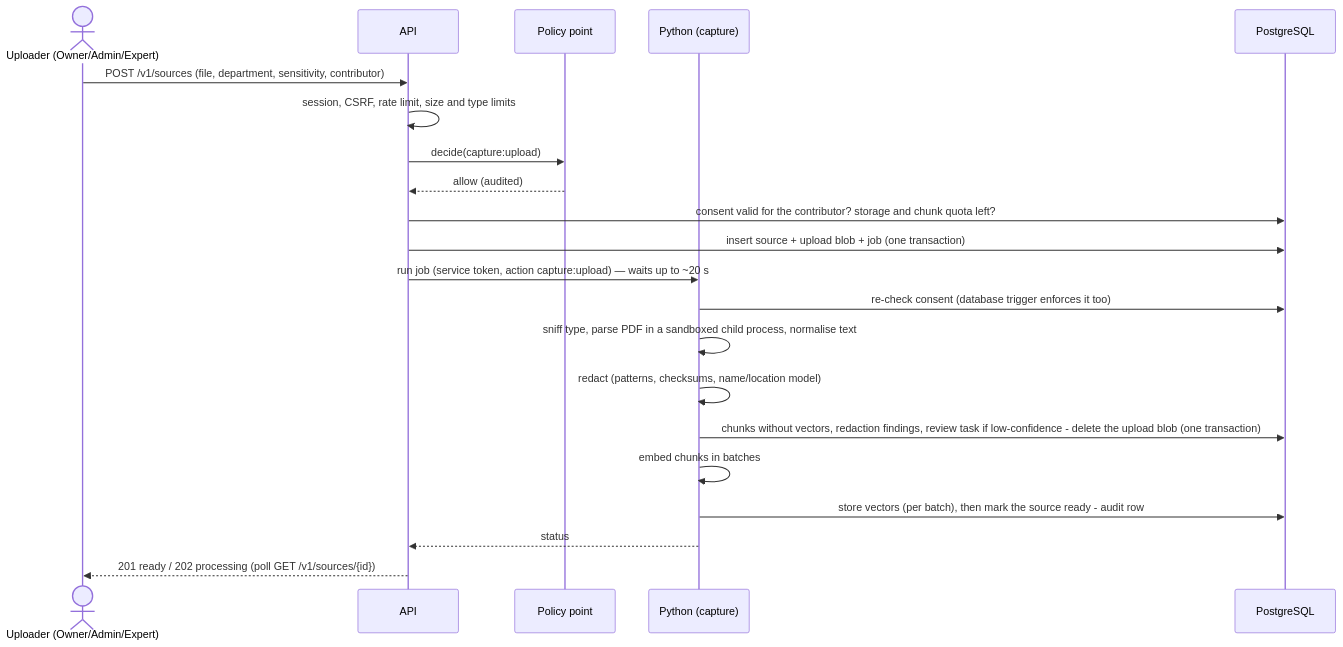
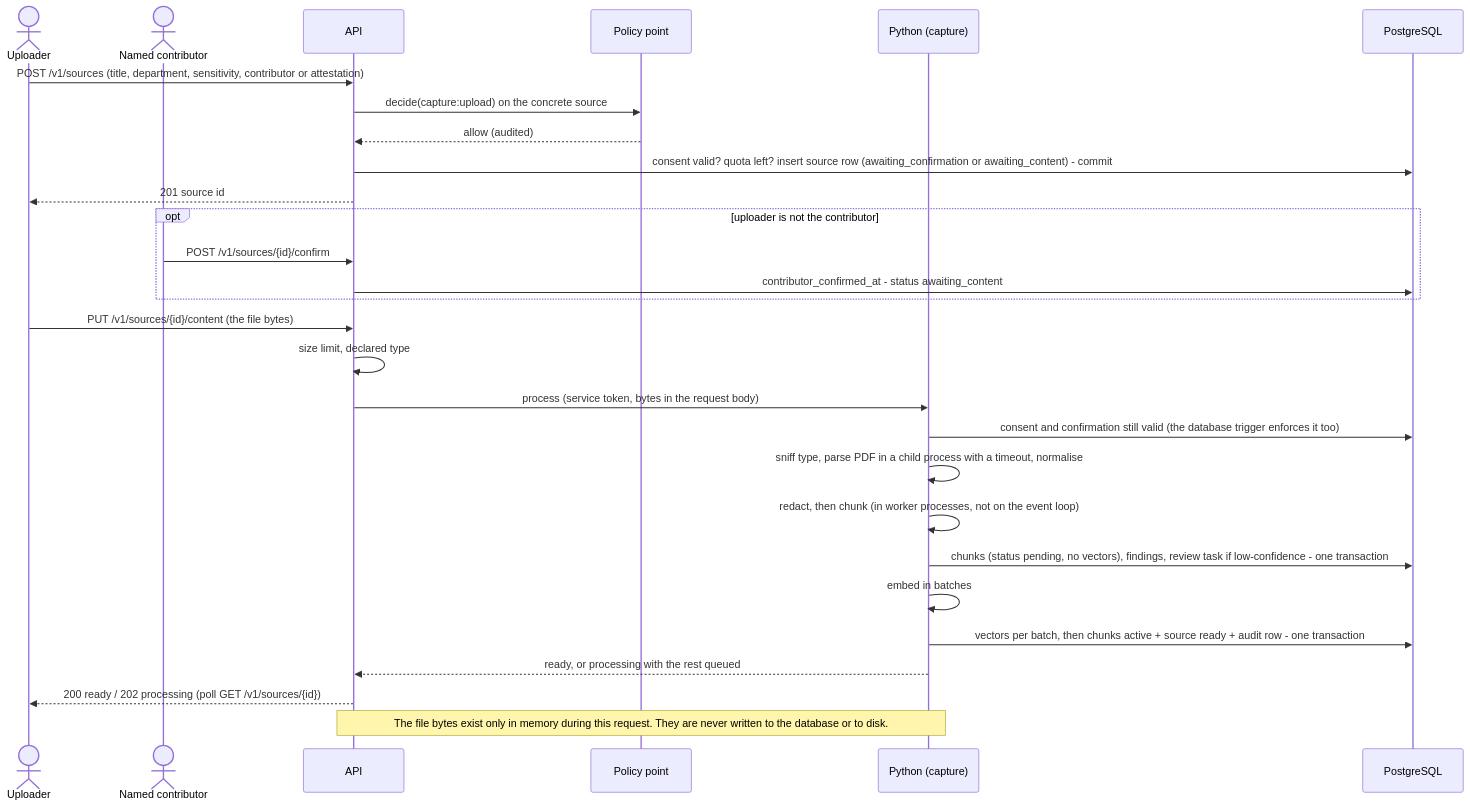
One commit to Rmasood1122/LegacyAI changed the second of 6 diagrams in docs/phase2/01-architecture.md. Above: the diagram before and after it, drawn with Mermaid. The commit also changed other lines of this file and 11 other files, not shown here.

````diff
--- a/docs/phase2/01-architecture.md
+++ b/docs/phase2/01-architecture.md
@@ -152,23 +188,30 @@
 ```mermaid
 sequenceDiagram
-    actor U as Uploader (Owner/Admin/Expert)
+    actor U as Uploader
+    actor X as Named contributor
     participant API as API
     participant PDP as Policy point
     participant PY as Python (capture)
     participant DB as PostgreSQL
-    U->>API: POST /v1/sources (file, department, sensitivity, contributor)
-    API->>API: session, CSRF, rate limit, size and type limits
-    API->>PDP: decide(capture:upload)
+    U->>API: POST /v1/sources (title, department, sensitivity, contributor or attestation)
+    API->>PDP: decide(capture:upload) on the concrete source
     PDP-->>API: allow (audited)
-    API->>DB: consent valid for the contributor? storage and chunk quota left?
-    API->>DB: insert source + upload blob + job (one transaction)
-    API->>PY: run job (service token, action capture:upload) — waits up to ~20 s
-    PY->>DB: re-check consent (database trigger enforces it too)
-    PY->>PY: sniff type, parse PDF in a sandboxed child process, normalise text
-    PY->>PY: redact (patterns, checksums, name/location model)
-    PY->>DB: chunks without vectors, redaction findings, review task if low-confidence - delete the upload blob (one transaction)
-    PY->>PY: embed chunks in batches
-    PY->>DB: store vectors (per batch), then mark the source ready - audit row
-    PY-->>API: status
-    API-->>U: 201 ready / 202 processing (poll GET /v1/sources/{id})
+    API->>DB: consent valid? quota left? insert source row (awaiting_confirmation or awaiting_content) - commit
+    API-->>U: 201 source id
+    opt uploader is not the contributor
+        X->>API: POST /v1/sources/{id}/confirm
+        API->>DB: contributor_confirmed_at - status awaiting_content
+    end
+    U->>API: PUT /v1/sources/{id}/content (the file bytes)
+    API->>API: size limit, declared type
+    API->>PY: process (service token, bytes in the request body)
+    PY->>DB: consent and confirmation still valid (the database trigger enforces it too)
+    PY->>PY: sniff type, parse PDF in a child process with a timeout, normalise
+    PY->>PY: redact, then chunk (in worker processes, not on the event loop)
+    PY->>DB: chunks (status pending, no vectors), findings, review task if low-confidence - one transaction
+    PY->>PY: embed in batches
+    PY->>DB: vectors per batch, then chunks active + source ready + audit row - one transaction
+    PY-->>API: ready, or processing with the rest queued
+    API-->>U: 200 ready / 202 processing (poll GET /v1/sources/{id})
+    Note over API,PY: The file bytes exist only in memory during this request. They are never written to the database or to disk.
 ```
````
